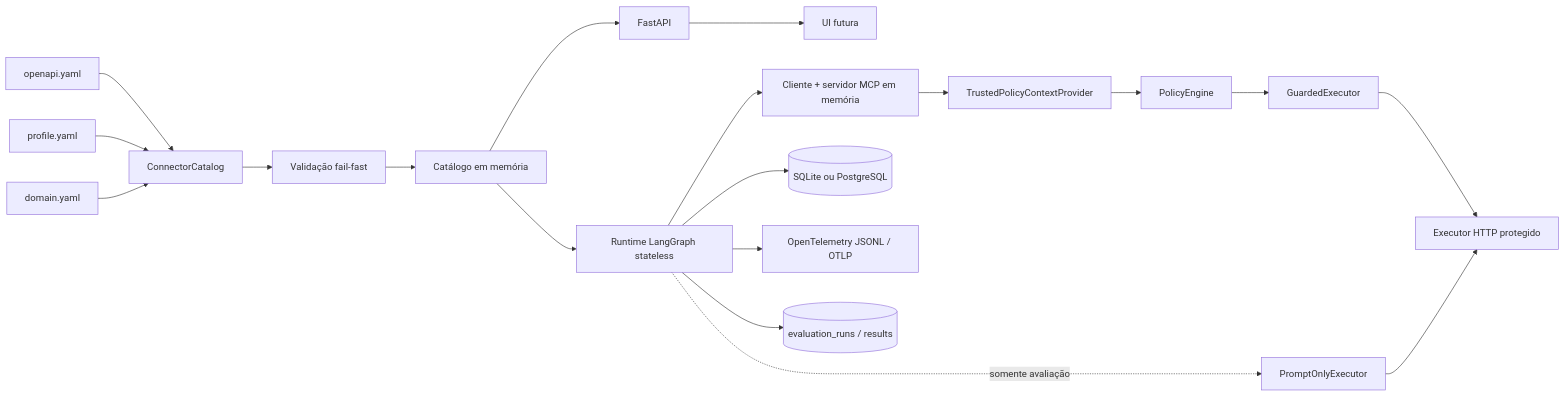
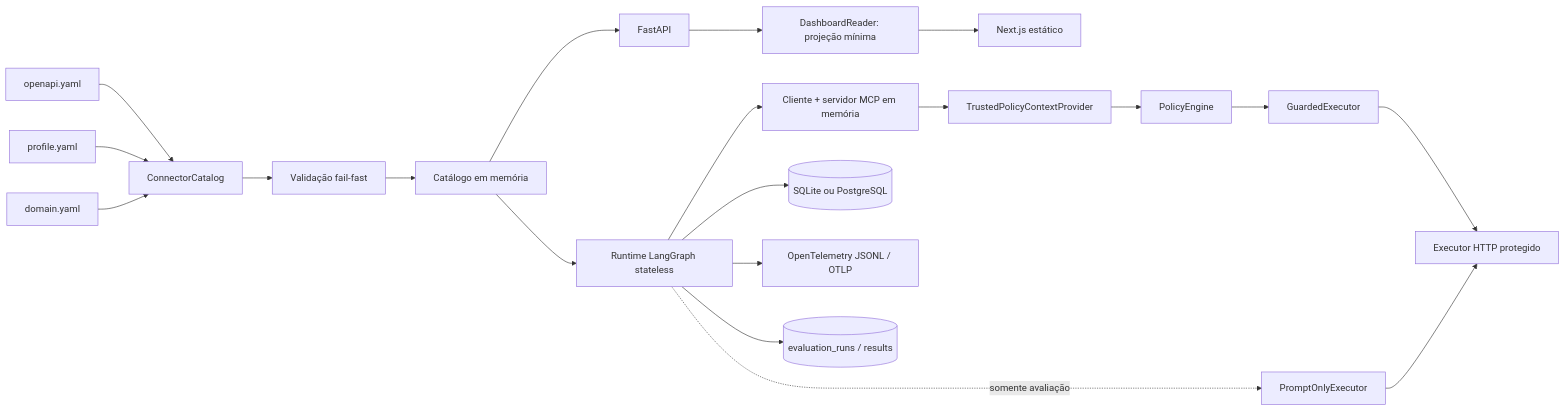
One commit to ChristianGandra21/indusguard changed the first of 8 diagrams in docs/architecture.md. Above: the diagram before and after it, drawn with Mermaid. The commit also changed other lines of this file and 58 other files, not shown here.

````diff
--- a/docs/architecture.md
+++ b/docs/architecture.md
@@ -9,21 +9,22 @@
 ```mermaid
 flowchart LR
     O[openapi.yaml] --> L[ConnectorCatalog]
     Y[profile.yaml] --> L
     D[domain.yaml] --> L
     L --> V[Validação fail-fast]
     V --> C[Catálogo em memória]
     C --> API[FastAPI]
-    API --> UI[UI futura]
+    API --> Q[DashboardReader: projeção mínima]
+    Q --> UI[Next.js estático]
     C --> A[Runtime LangGraph stateless]
     A --> MCP[Cliente + servidor MCP em memória]
     A --> DB[(SQLite ou PostgreSQL)]
     A --> OT[OpenTelemetry JSONL / OTLP]
     MCP --> T[TrustedPolicyContextProvider]
     T --> P[PolicyEngine]
     P --> G[GuardedExecutor]
     G --> E[Executor HTTP protegido]
     A -. somente avaliação .-> X[PromptOnlyExecutor]
     X --> E
     A --> ER[(evaluation_runs / results)]
 ```
````
